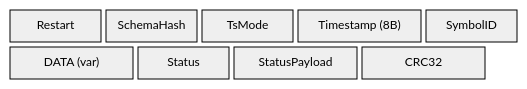
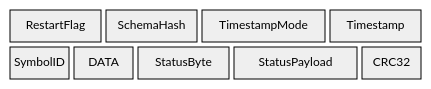
One commit to sebaJoSt/blaeck-protocol changed the third of 3 diagrams in protocol/frames/data.md. Above: the diagram before and after it, drawn with Mermaid. The commit also changed other lines of this file and 4 other files, not shown here.

First line of the commit message:
Use canonical element names in all Mermaid diagrams and tables

````diff
--- a/protocol/frames/data.md
+++ b/protocol/frames/data.md
@@ -71,18 +71,18 @@
 ```mermaid
 ---
 config:
   packet:
     showBits: false
-    bitsPerRow: 16
+    bitsPerRow: 13
 ---
 packet-beta
-  0-2: "Restart"
+  0-2: "RestartFlag"
   3-5: "SchemaHash"
-  6-8: "TsMode"
-  9-12: "Timestamp (8B)"
-  13-15: "SymbolID"
-  16-19: "DATA (var)"
-  20-22: "Status"
-  23-26: "StatusPayload"
-  27-30: "CRC32"
+  6-9: "TimestampMode"
+  10-12: "Timestamp"
+  13-14: "SymbolID"
+  15-16: "DATA"
+  17-19: "StatusByte"
+  20-23: "StatusPayload"
+  24-25: "CRC32"
 ```
````
